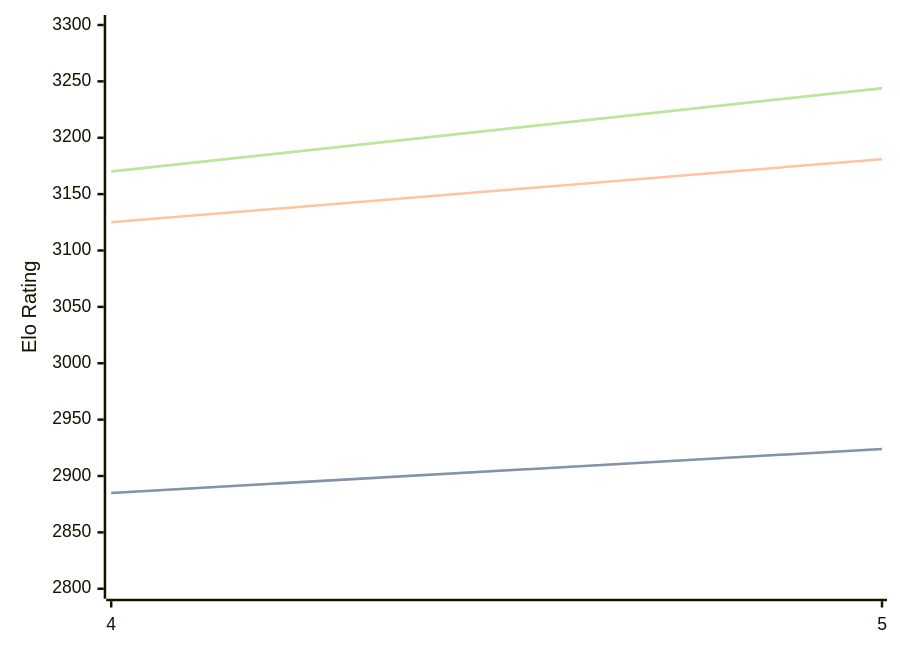
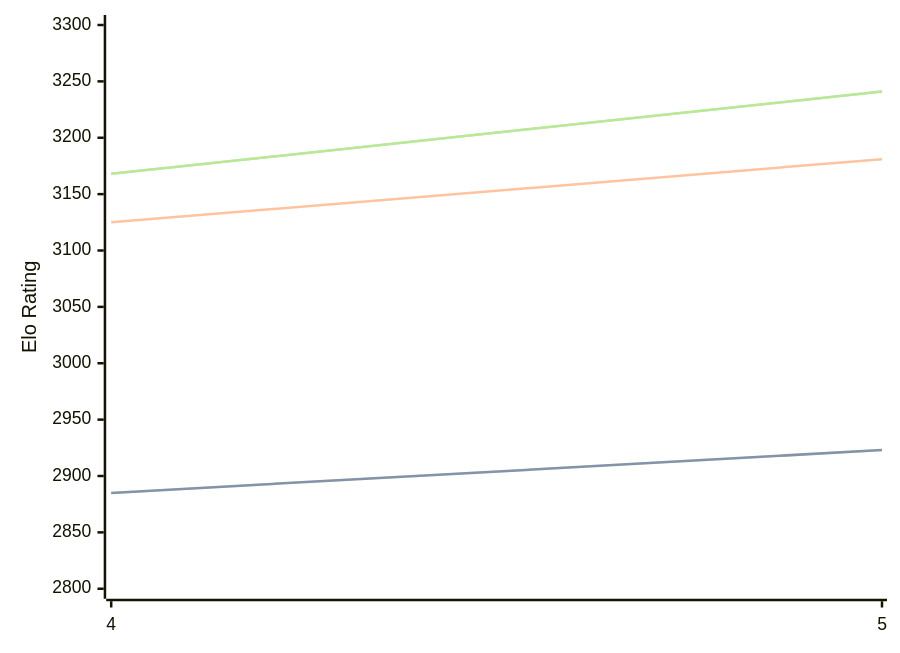
The diagram in engines/Cwtch.md (computer-chess-index/cci), drawn with Mermaid before and after one commit. The commit also changed other lines of this file, not shown here.

Commit message:
Update CCI Ratings (ELO VLTC) - 2026-04-29

````diff
--- a/engines/Cwtch.md
+++ b/engines/Cwtch.md
@@ -34,11 +34,11 @@
 ```mermaid
 %%{init: {"theme":"base","themeVariables":{"seriesColors:['#a3a3a3','#222221','#faa371']}}}%%
 xychart-beta
   x-axis ["4", "5"]
   y-axis "Elo Rating" 2800 --> 3300
-  line "STC (8.0+0.08s)" [2885, 2924]
-  line "STC (8.0+0.08s)" [2885, 2924]
+  line "STC (8.0+0.08s)" [2885, 2923]
+  line "STC (8.0+0.08s)" [2885, 2923]
   line "LTC (60.0+0.60s)" [3125, 3181]
-  line "VLTC (2m24s+1.12s)" [3170, 3244]
-  line "VLTC (2m24s+1.12s)" [3170, 3244]
+  line "VLTC (2m24s+1.12s)" [3168, 3241]
+  line "VLTC (2m24s+1.12s)" [3168, 3241]
 ```
````
